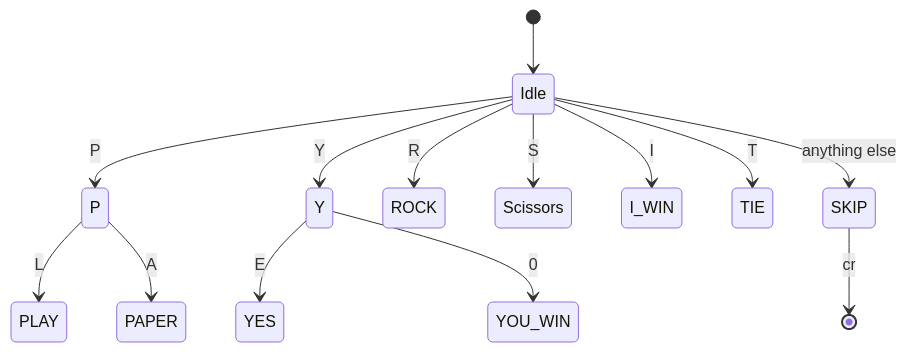
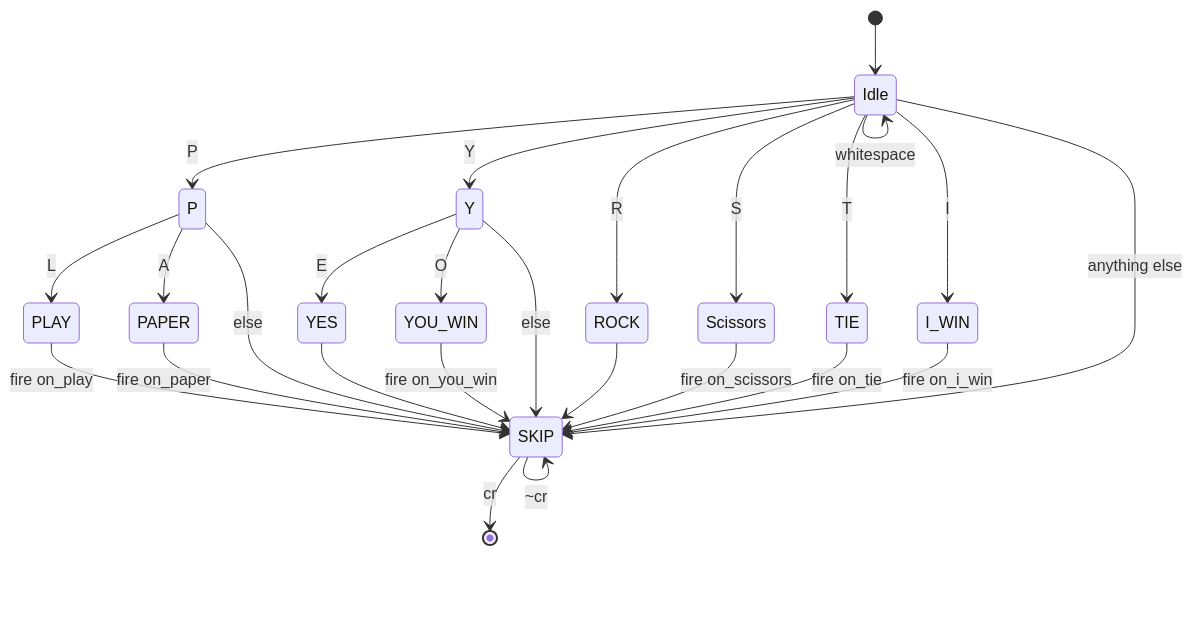
The third of 3 diagrams in docs/game.md (n7jti/robot-roshambo), drawn with Mermaid before and after one commit. The commit also changed other lines of this file and 9 other files, not shown here.

````diff
--- a/docs/game.md
+++ b/docs/game.md
@@ -55,41 +58,62 @@
 ```mermaid
 stateDiagram-v2
 
 [*] --> Idle
+
+
+#Idle
+Idle --> P : P
+Idle --> Y : Y
+Idle --> ROCK : R
+Idle --> Scissors : S
+Idle --> TIE : T
+Idle --> I_WIN : I
+Idle --> Idle : whitespace
+Idle --> SKIP : anything else
+
+#P
+P --> PLAY : L
+P --> PAPER : A
+P --> SKIP : else
+
+
 # PLAY
-Idle --> P : P
+PLAY --> SKIP : fire on_play
 
-P --> PLAY : L
+#Y
+Y --> YES : E
+Y --> YOU_WIN : O
+Y --> SKIP : else
 
 
 #YES
-Idle --> Y : Y
-Y --> YES : E
+YES --> SKIP 
 
 #ROCK
-Idle --> ROCK : R
+ROCK --> SKIP 
 
 #PAPER
-P --> PAPER : A
+PAPER --> SKIP : fire on_paper
+
 
 #SCISSORS
-Idle --> Scissors : S
+Scissors --> SKIP : fire on_scissors
 
 #YOU WIN
-Y --> YOU_WIN : 0
+YOU_WIN --> SKIP : fire on_you_win
+
 
 #I WIN
-Idle --> I_WIN : I
+I_WIN --> SKIP : fire on_i_win
 
 #TIE
-Idle --> TIE : T
+TIE --> SKIP : fire on_tie
 
 # SKIP
-Idle --> SKIP : anything else
-
 SKIP --> [*] : cr
+SKIP --> SKIP : ~cr
 
 
 
 
 ```
````
